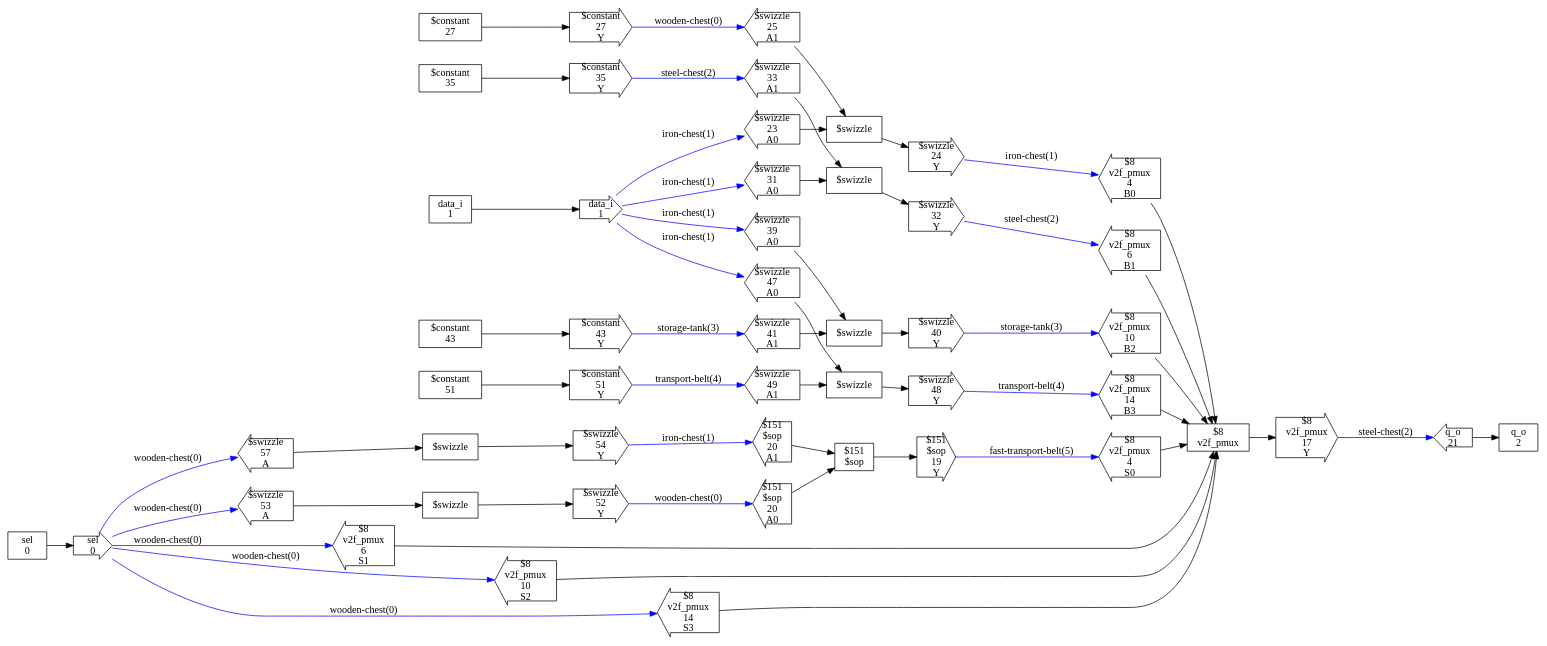
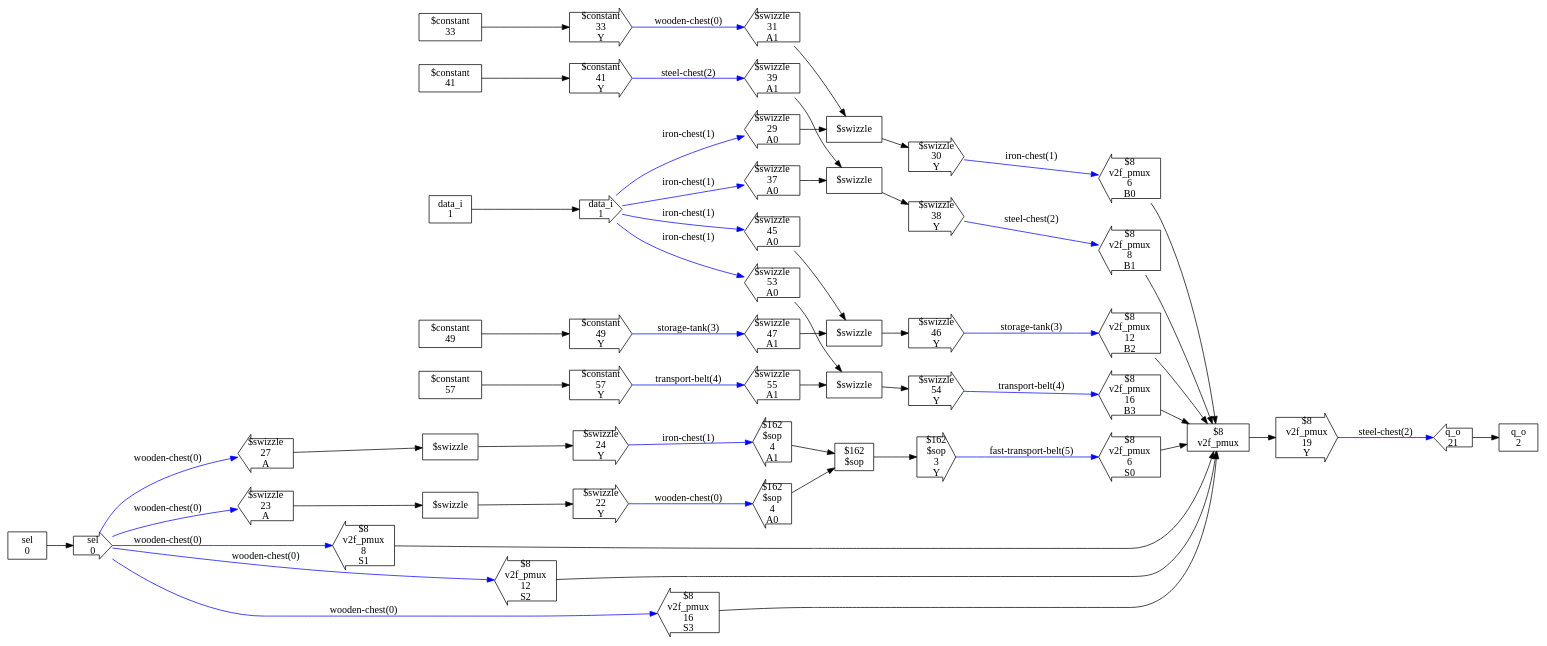
The diagram in test_designs/swizzle_pmux/checked_design.dot (ben-j-c/verilog2factorio), drawn with Graphviz before and after one commit. The commit also changed 31 other files, not shown here.

```diff
--- a/test_designs/swizzle_pmux/checked_design.dot
+++ b/test_designs/swizzle_pmux/checked_design.dot
@@ -1,197 +1,197 @@
 digraph CheckedDesign {
   rankdir=LR
   n0[shape=box,label="sel
 0"]
   n1[shape=box,label="data_i
 1"]
   n2[shape=box,label="q_o
 2"]
-  n4[shape=box,label="$8
+  n4[shape=box,label="$162
+$sop"]
+  n7[shape=box,label="$8
 v2f_pmux"]
-  n6[shape=box,label="$151
-$sop"]
   n8[shape=rarrow,label="sel
 0"]
   n9[shape=rarrow,label="data_i
 1"]
   n10[shape=larrow,label="q_o
 21"]
-  n14[shape=larrow,label="$8
-v2f_pmux
+  n14[shape=larrow,label="$162
+$sop
 4
-B0"]
-  n15[shape=larrow,label="$8
+A0"]
+  n15[shape=larrow,label="$162
+$sop
+4
+A1"]
+  n16[shape=rarrow,label="$162
+$sop
+3
+Y"]
+  n23[shape=larrow,label="$8
 v2f_pmux
 6
+B0"]
+  n24[shape=larrow,label="$8
+v2f_pmux
+8
 B1"]
-  n16[shape=larrow,label="$8
+  n25[shape=larrow,label="$8
 v2f_pmux
-10
+12
 B2"]
-  n17[shape=larrow,label="$8
+  n26[shape=larrow,label="$8
 v2f_pmux
-14
+16
 B3"]
-  n18[shape=larrow,label="$8
-v2f_pmux
-4
-S0"]
-  n19[shape=larrow,label="$8
+  n27[shape=larrow,label="$8
 v2f_pmux
 6
+S0"]
+  n28[shape=larrow,label="$8
+v2f_pmux
+8
 S1"]
-  n20[shape=larrow,label="$8
+  n29[shape=larrow,label="$8
 v2f_pmux
-10
+12
 S2"]
-  n21[shape=larrow,label="$8
+  n30[shape=larrow,label="$8
 v2f_pmux
-14
+16
 S3"]
-  n22[shape=rarrow,label="$8
+  n31[shape=rarrow,label="$8
 v2f_pmux
-17
-Y"]
-  n26[shape=larrow,label="$151
-$sop
-20
-A0"]
-  n27[shape=larrow,label="$151
-$sop
-20
-A1"]
-  n28[shape=rarrow,label="$151
-$sop
 19
 Y"]
   n34[shape=box,label="$swizzle"]
   n35[shape=rarrow,label="$swizzle
-24
+22
 Y"]
   n36[shape=larrow,label="$swizzle
 23
+A"]
+  n37[shape=box,label="$swizzle"]
+  n38[shape=rarrow,label="$swizzle
+24
+Y"]
+  n39[shape=larrow,label="$swizzle
+27
+A"]
+  n44[shape=box,label="$swizzle"]
+  n45[shape=rarrow,label="$swizzle
+30
+Y"]
+  n46[shape=larrow,label="$swizzle
+29
 A0"]
-  n37[shape=larrow,label="$swizzle
-25
+  n47[shape=larrow,label="$swizzle
+31
 A1"]
-  n38[shape=box,label="$constant
-27"]
-  n39[shape=rarrow,label="$constant
-27
+  n48[shape=box,label="$constant
+33"]
+  n49[shape=rarrow,label="$constant
+33
 Y"]
-  n40[shape=box,label="$swizzle"]
-  n41[shape=rarrow,label="$swizzle
-32
+  n50[shape=box,label="$swizzle"]
+  n51[shape=rarrow,label="$swizzle
+38
 Y"]
-  n42[shape=larrow,label="$swizzle
-31
+  n52[shape=larrow,label="$swizzle
+37
 A0"]
-  n43[shape=larrow,label="$swizzle
-33
+  n53[shape=larrow,label="$swizzle
+39
 A1"]
-  n44[shape=box,label="$constant
-35"]
-  n45[shape=rarrow,label="$constant
-35
+  n54[shape=box,label="$constant
+41"]
+  n55[shape=rarrow,label="$constant
+41
 Y"]
-  n46[shape=box,label="$swizzle"]
-  n47[shape=rarrow,label="$swizzle
-40
+  n56[shape=box,label="$swizzle"]
+  n57[shape=rarrow,label="$swizzle
+46
 Y"]
-  n48[shape=larrow,label="$swizzle
-39
+  n58[shape=larrow,label="$swizzle
+45
 A0"]
-  n49[shape=larrow,label="$swizzle
-41
+  n59[shape=larrow,label="$swizzle
+47
 A1"]
-  n50[shape=box,label="$constant
-43"]
-  n51[shape=rarrow,label="$constant
-43
+  n60[shape=box,label="$constant
+49"]
+  n61[shape=rarrow,label="$constant
+49
 Y"]
-  n52[shape=box,label="$swizzle"]
-  n53[shape=rarrow,label="$swizzle
-48
-Y"]
-  n54[shape=larrow,label="$swizzle
-47
-A0"]
-  n55[shape=larrow,label="$swizzle
-49
-A1"]
-  n56[shape=box,label="$constant
-51"]
-  n57[shape=rarrow,label="$constant
-51
-Y"]
-  n60[shape=box,label="$swizzle"]
-  n61[shape=rarrow,label="$swizzle
-52
-Y"]
-  n62[shape=larrow,label="$swizzle
-53
-A"]
-  n63[shape=box,label="$swizzle"]
-  n64[shape=rarrow,label="$swizzle
+  n62[shape=box,label="$swizzle"]
+  n63[shape=rarrow,label="$swizzle
 54
 Y"]
+  n64[shape=larrow,label="$swizzle
+53
+A0"]
   n65[shape=larrow,label="$swizzle
+55
+A1"]
+  n66[shape=box,label="$constant
+57"]
+  n67[shape=rarrow,label="$constant
 57
-A"]
+Y"]
   n0 -> n8
   n1 -> n9
-  n4 -> n22
-  n6 -> n28
-  n8 -> n62 [label="wooden-chest(0)",syle=bold,color=blue]
-  n8 -> n65 [label="wooden-chest(0)",syle=bold,color=blue]
-  n8 -> n19 [label="wooden-chest(0)",syle=bold,color=blue]
-  n8 -> n20 [label="wooden-chest(0)",syle=bold,color=blue]
-  n8 -> n21 [label="wooden-chest(0)",syle=bold,color=blue]
-  n9 -> n36 [label="iron-chest(1)",syle=bold,color=blue]
-  n9 -> n42 [label="iron-chest(1)",syle=bold,color=blue]
-  n9 -> n48 [label="iron-chest(1)",syle=bold,color=blue]
-  n9 -> n54 [label="iron-chest(1)",syle=bold,color=blue]
+  n4 -> n16
+  n7 -> n31
+  n8 -> n36 [label="wooden-chest(0)",syle=bold,color=blue]
+  n8 -> n39 [label="wooden-chest(0)",syle=bold,color=blue]
+  n8 -> n28 [label="wooden-chest(0)",syle=bold,color=blue]
+  n8 -> n29 [label="wooden-chest(0)",syle=bold,color=blue]
+  n8 -> n30 [label="wooden-chest(0)",syle=bold,color=blue]
+  n9 -> n46 [label="iron-chest(1)",syle=bold,color=blue]
+  n9 -> n52 [label="iron-chest(1)",syle=bold,color=blue]
+  n9 -> n58 [label="iron-chest(1)",syle=bold,color=blue]
+  n9 -> n64 [label="iron-chest(1)",syle=bold,color=blue]
   n10 -> n2
   n14 -> n4
   n15 -> n4
-  n16 -> n4
-  n17 -> n4
-  n18 -> n4
-  n19 -> n4
-  n20 -> n4
-  n21 -> n4
-  n22 -> n10 [label="steel-chest(2)",syle=bold,color=blue]
-  n26 -> n6
-  n27 -> n6
-  n28 -> n18 [label="fast-transport-belt(5)",syle=bold,color=blue]
+  n16 -> n27 [label="fast-transport-belt(5)",syle=bold,color=blue]
+  n23 -> n7
+  n24 -> n7
+  n25 -> n7
+  n26 -> n7
+  n27 -> n7
+  n28 -> n7
+  n29 -> n7
+  n30 -> n7
+  n31 -> n10 [label="steel-chest(2)",syle=bold,color=blue]
   n34 -> n35
-  n35 -> n14 [label="iron-chest(1)",syle=bold,color=blue]
+  n35 -> n14 [label="wooden-chest(0)",syle=bold,color=blue]
   n36 -> n34
-  n37 -> n34
-  n38 -> n39
-  n39 -> n37 [label="wooden-chest(0)",syle=bold,color=blue]
-  n40 -> n41
-  n41 -> n15 [label="steel-chest(2)",syle=bold,color=blue]
-  n42 -> n40
-  n43 -> n40
+  n37 -> n38
+  n38 -> n15 [label="iron-chest(1)",syle=bold,color=blue]
+  n39 -> n37
   n44 -> n45
-  n45 -> n43 [label="steel-chest(2)",syle=bold,color=blue]
-  n46 -> n47
-  n47 -> n16 [label="storage-tank(3)",syle=bold,color=blue]
-  n48 -> n46
-  n49 -> n46
+  n45 -> n23 [label="iron-chest(1)",syle=bold,color=blue]
+  n46 -> n44
+  n47 -> n44
+  n48 -> n49
+  n49 -> n47 [label="wooden-chest(0)",syle=bold,color=blue]
   n50 -> n51
-  n51 -> n49 [label="storage-tank(3)",syle=bold,color=blue]
-  n52 -> n53
-  n53 -> n17 [label="transport-belt(4)",syle=bold,color=blue]
-  n54 -> n52
-  n55 -> n52
+  n51 -> n24 [label="steel-chest(2)",syle=bold,color=blue]
+  n52 -> n50
+  n53 -> n50
+  n54 -> n55
+  n55 -> n53 [label="steel-chest(2)",syle=bold,color=blue]
   n56 -> n57
-  n57 -> n55 [label="transport-belt(4)",syle=bold,color=blue]
+  n57 -> n25 [label="storage-tank(3)",syle=bold,color=blue]
+  n58 -> n56
+  n59 -> n56
   n60 -> n61
-  n61 -> n26 [label="wooden-chest(0)",syle=bold,color=blue]
-  n62 -> n60
-  n63 -> n64
-  n64 -> n27 [label="iron-chest(1)",syle=bold,color=blue]
-  n65 -> n63
+  n61 -> n59 [label="storage-tank(3)",syle=bold,color=blue]
+  n62 -> n63
+  n63 -> n26 [label="transport-belt(4)",syle=bold,color=blue]
+  n64 -> n62
+  n65 -> n62
+  n66 -> n67
+  n67 -> n65 [label="transport-belt(4)",syle=bold,color=blue]
 }
```
